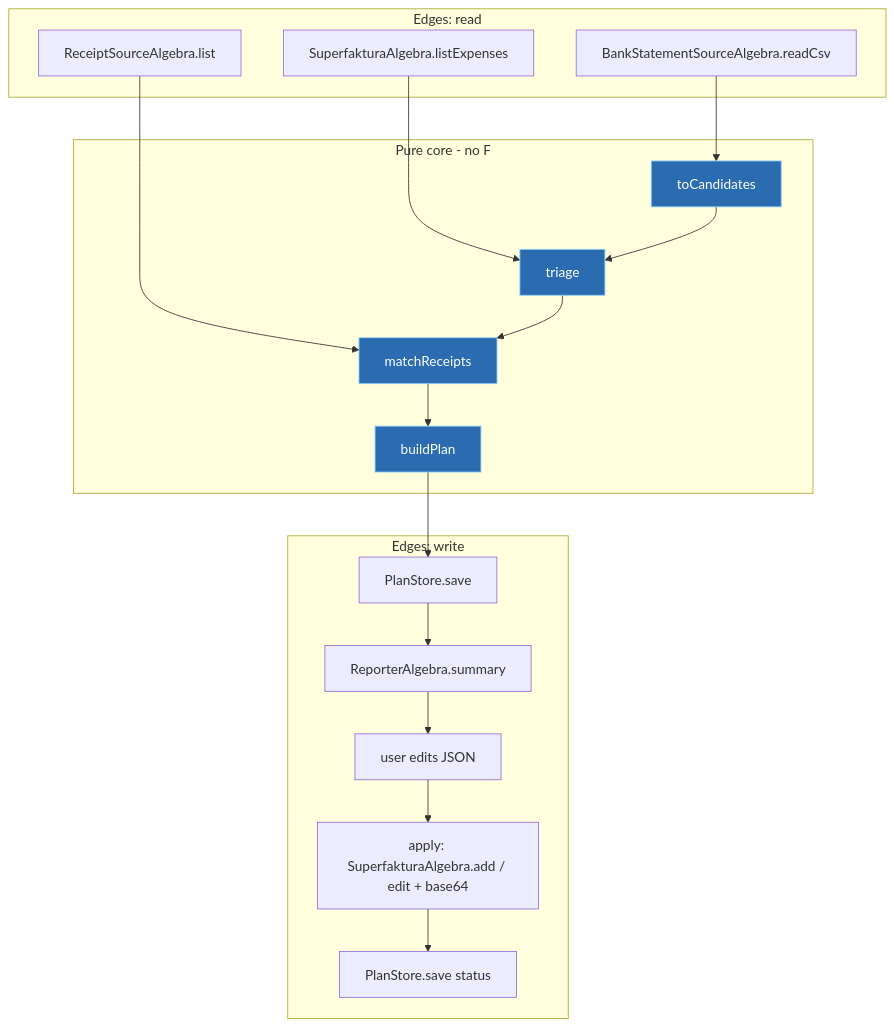
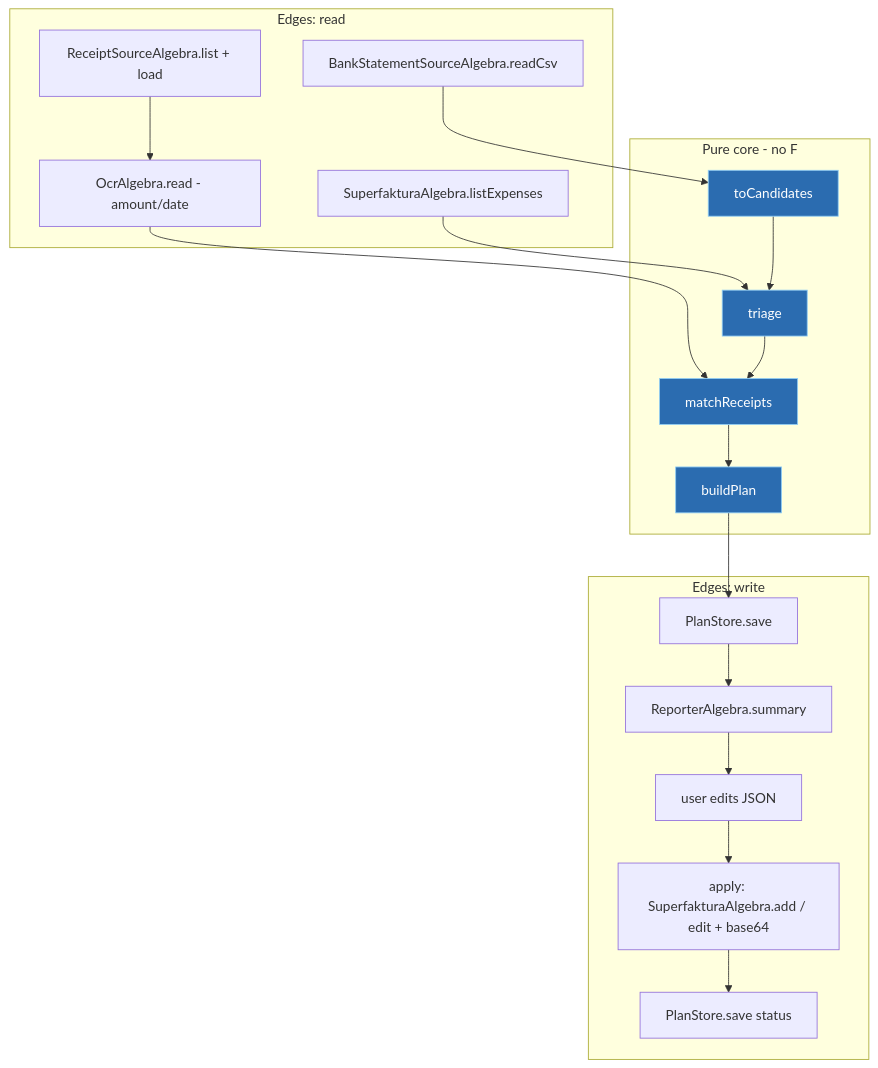
The diagram in docs/pdr.md (marovargovcik/superfaktura-batteries), drawn with Mermaid before and after one commit. The commit also changed other lines of this file and 1 other file, not shown here.

First line of the commit message:
Refresh README and PDR to match the built M1 + M2 application

````diff
--- a/docs/pdr.md
+++ b/docs/pdr.md
@@ -415,32 +421,34 @@
 ```mermaid
 flowchart TD
   subgraph IN[Edges: read]
     CSV[BankStatementSourceAlgebra.readCsv]
-    REC[ReceiptSourceAlgebra.list]
+    REC[ReceiptSourceAlgebra.list + load]
+    OCR[OcrAlgebra.read - amount/date]
     LIST[SuperfakturaAlgebra.listExpenses]
   end
   subgraph CORE[Pure core - no F]
     CAND[toCandidates]
     DEDUP[triage]
     MATCH[matchReceipts]
     PLAN[buildPlan]
   end
   subgraph OUT[Edges: write]
     STORE[PlanStore.save]
     REP[ReporterAlgebra.summary]
     EDIT[user edits JSON]
     APPLY[apply: SuperfakturaAlgebra.add / edit + base64]
     STATUS[PlanStore.save status]
   end
 
   CSV --> CAND
   LIST --> DEDUP
   CAND --> DEDUP
-  REC --> MATCH
+  REC --> OCR
+  OCR --> MATCH
   DEDUP --> MATCH
   MATCH --> PLAN
   PLAN --> STORE --> REP --> EDIT --> APPLY --> STATUS
 
   classDef core fill:#2b6cb0,stroke:#90cdf4,color:#fff;
   class CAND,DEDUP,MATCH,PLAN core;
 ```
````
